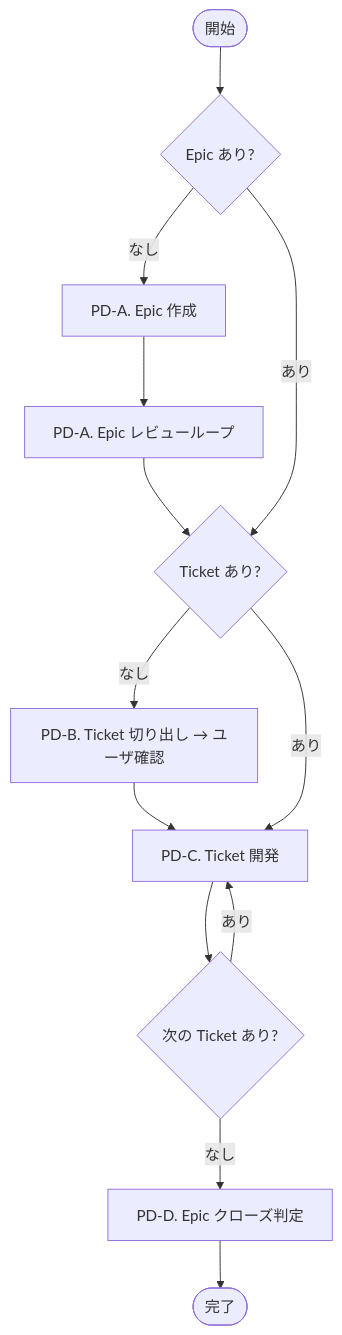
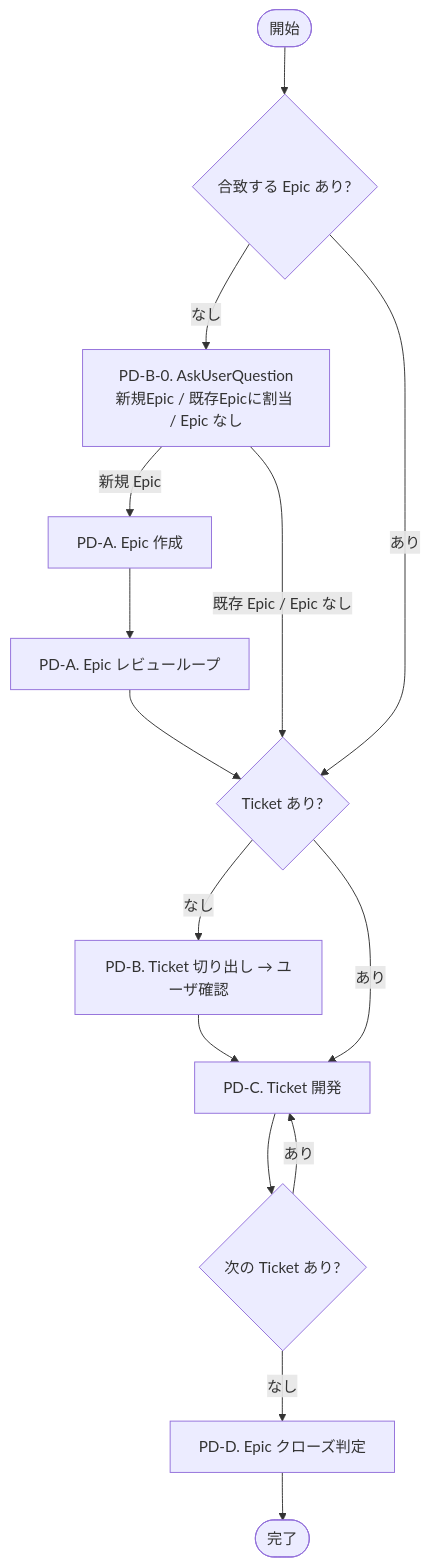
One commit to masuidrive/pdh changed the first of 3 diagrams in skills/pdh-dev/SKILL.md. Above: the diagram before and after it, drawn with Mermaid. The commit also changed 1 other file, not shown here.

Commit message:
refactor(tmux-director): Monitor にフェーズ追跡を追加 — 遷移宣言ベース + window 確認

````diff
--- a/skills/pdh-dev/SKILL.md
+++ b/skills/pdh-dev/SKILL.md
@@ -52,15 +52,17 @@
 ```mermaid
 flowchart TD
-    Start([開始]) --> PDA0{"Epic あり?"}
-    PDA0 -- "なし" --> PDA1["PD-A. Epic 作成"]
+    Start([開始]) --> PDA0{"合致する Epic あり?"}
+    PDA0 -- "なし" --> PDA0q["PD-B-0. AskUserQuestion<br/>新規Epic / 既存Epicに割当 / Epic なし"]
+    PDA0q -- "新規 Epic" --> PDA1["PD-A. Epic 作成"]
     PDA1 --> PDA2["PD-A. Epic レビューループ"]
     PDA2 --> PDB0
+    PDA0q -- "既存 Epic / Epic なし" --> PDB0
     PDA0 -- "あり" --> PDB0{"Ticket あり?"}
     PDB0 -- "なし" --> PDB1["PD-B. Ticket 切り出し → ユーザ確認"]
     PDB1 --> PDC
     PDB0 -- "あり" --> PDC["PD-C. Ticket 開発"]
     PDC --> PDC_next{"次の Ticket あり?"}
     PDC_next -- "あり" --> PDC
     PDC_next -- "なし" --> PDD["PD-D. Epic クローズ判定"]
     PDD --> Done([完了])
 ```
````
